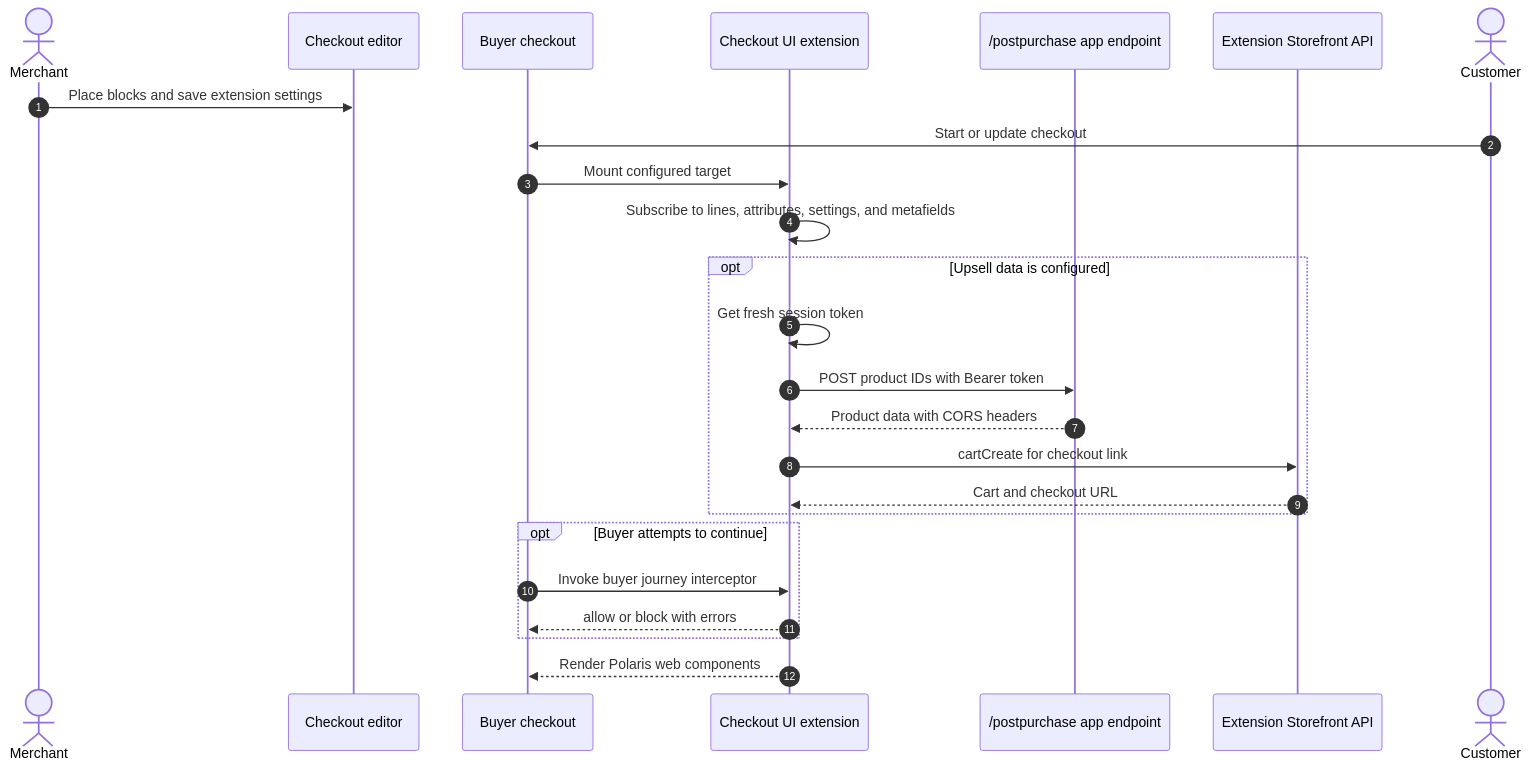
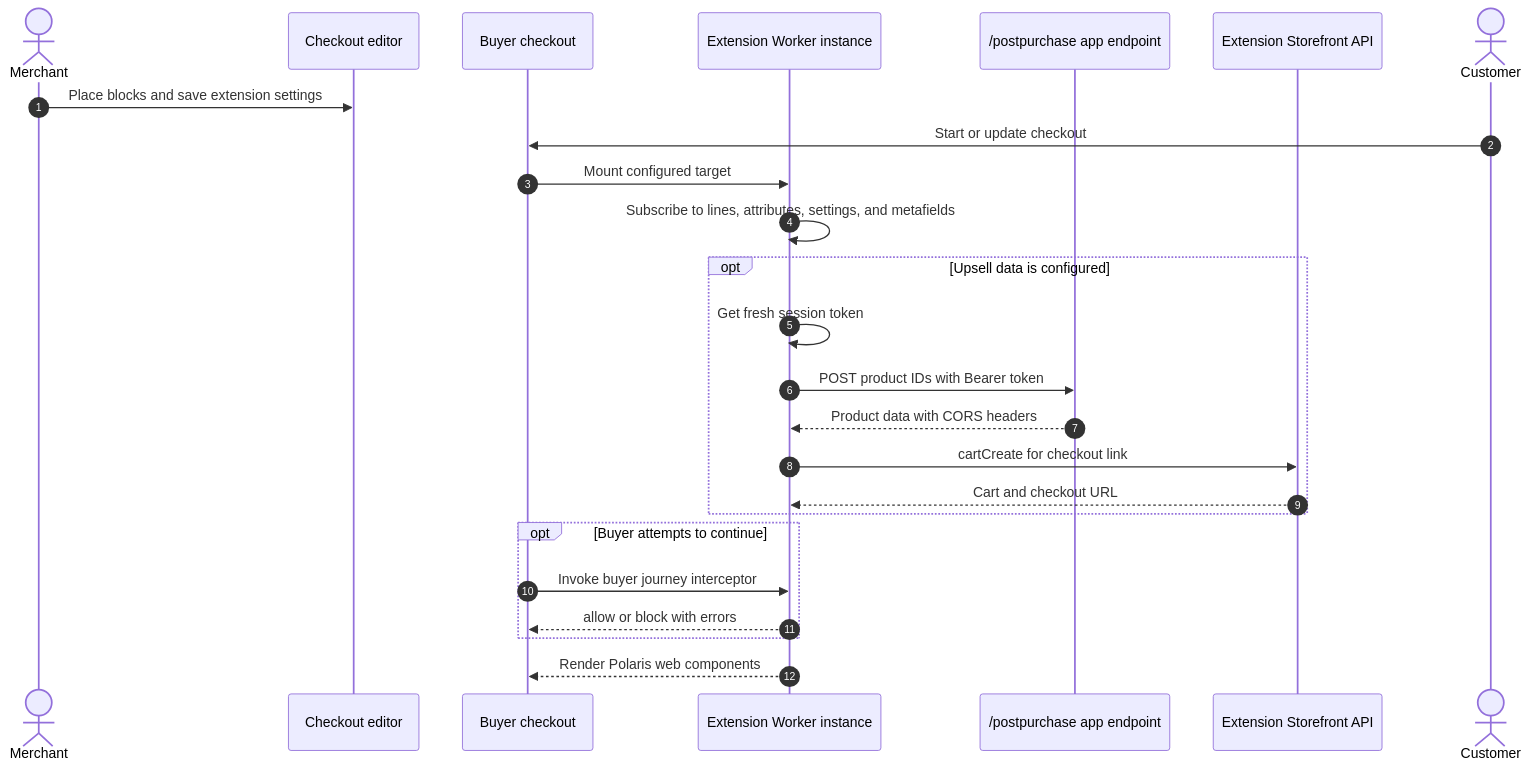
Before and after one commit to benzookapi/shopify-barebone-app-sample: the first of 2 diagrams in docs/checkoutui.md, drawn with Mermaid. The commit also changed other lines of this file and 5 other files, not shown here.

Commit message:
Document extension runtimes and service connector flow

````diff
--- a/docs/checkoutui.md
+++ b/docs/checkoutui.md
@@ -16,28 +16,28 @@
 ```mermaid
 sequenceDiagram
     autonumber
     actor Merchant
     participant Editor as Checkout editor
     participant Checkout as Buyer checkout
-    participant Extension as Checkout UI extension
+    participant Extension as Extension Worker instance
     participant App as /postpurchase app endpoint
     participant Storefront as Extension Storefront API
 
     Merchant->>Editor: Place blocks and save extension settings
     actor Customer
     Customer->>Checkout: Start or update checkout
     Checkout->>Extension: Mount configured target
     Extension->>Extension: Subscribe to lines, attributes, settings, and metafields
     opt Upsell data is configured
         Extension->>Extension: Get fresh session token
         Extension->>App: POST product IDs with Bearer token
         App-->>Extension: Product data with CORS headers
         Extension->>Storefront: cartCreate for checkout link
         Storefront-->>Extension: Cart and checkout URL
     end
     opt Buyer attempts to continue
         Checkout->>Extension: Invoke buyer journey interceptor
         Extension-->>Checkout: allow or block with errors
     end
     Extension-->>Checkout: Render Polaris web components
 ```
````
